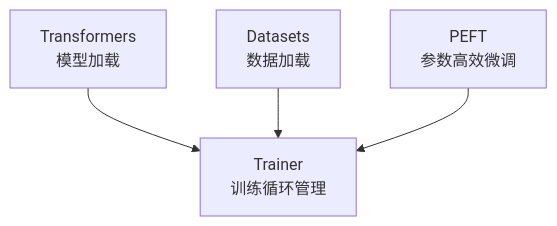
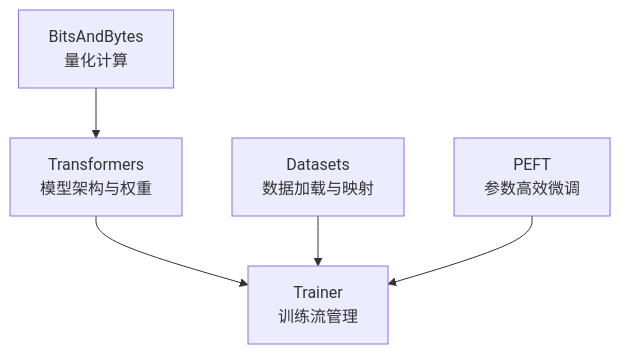
One commit to Hyacehila/hyacehila.github.io changed the diagram in _posts/2025-12-27-Re0HF-01.md. Above: the diagram before and after it, drawn with Mermaid. The commit also changed other lines of this file and 7 other files, not shown here.

````diff
--- a/_posts/2025-12-27-Re0HF-01.md
+++ b/_posts/2025-12-27-Re0HF-01.md
@@ -45,6 +33,7 @@
 ```mermaid
 graph TD
-    A[Transformers<br/>模型加载] --> C[Trainer<br/>训练循环管理]
-    B[Datasets<br/>数据加载] --> C
+    A[Transformers<br/>模型架构与权重] --> C[Trainer<br/>训练流管理]
+    B[Datasets<br/>数据加载与映射] --> C
     D[PEFT<br/>参数高效微调] --> C
+    E[BitsAndBytes<br/>量化计算] --> A
 ```
````
